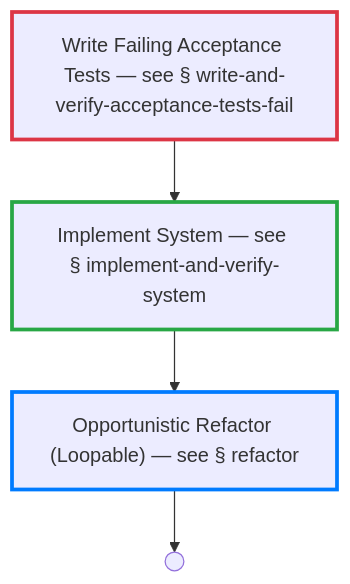
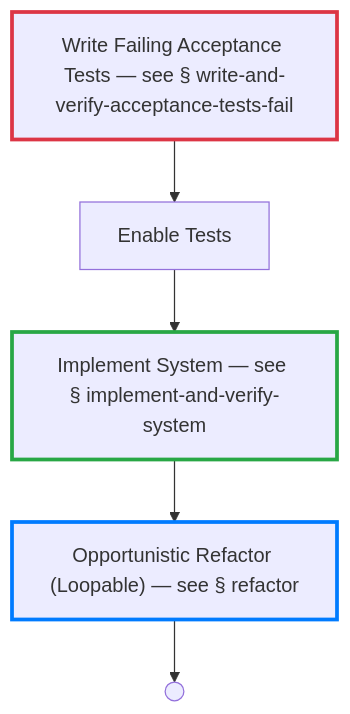
Before and after one commit to optivem/gh-optivem: the seventh of 53 diagrams in docs/process-diagram.md, drawn with Mermaid. The commit also changed 1 other file, not shown here.

Commit message:
atdd: regenerate process-flow diagram

````diff
--- a/docs/process-diagram.md
+++ b/docs/process-diagram.md
@@ -172,20 +172,22 @@
 ```mermaid
 flowchart TD
     CHANGE_SYSTEM_BEHAVIOR_END(( ))
+    ENABLE_TESTS[Enable Tests]
     IMPLEMENT_AND_VERIFY_SYSTEM[Implement System — see § implement-and-verify-system]
     REFACTOR_OPPORTUNISTICALLY["Opportunistic Refactor (Loopable) — see § refactor"]
     WRITE_AND_VERIFY_ACCEPTANCE_TESTS_FAIL[Write Failing Acceptance Tests — see § write-and-verify-acceptance-tests-fail]
 
-    WRITE_AND_VERIFY_ACCEPTANCE_TESTS_FAIL --> IMPLEMENT_AND_VERIFY_SYSTEM
+    WRITE_AND_VERIFY_ACCEPTANCE_TESTS_FAIL --> ENABLE_TESTS
+    ENABLE_TESTS --> IMPLEMENT_AND_VERIFY_SYSTEM
     IMPLEMENT_AND_VERIFY_SYSTEM --> REFACTOR_OPPORTUNISTICALLY
     REFACTOR_OPPORTUNISTICALLY --> CHANGE_SYSTEM_BEHAVIOR_END
 
     classDef tddRedNode stroke:#dc3545,stroke-width:3px
     class WRITE_AND_VERIFY_ACCEPTANCE_TESTS_FAIL tddRedNode
 
     classDef tddGreenNode stroke:#28a745,stroke-width:3px
     class IMPLEMENT_AND_VERIFY_SYSTEM tddGreenNode
 
     classDef tddRefactorNode stroke:#007bff,stroke-width:3px
     class REFACTOR_OPPORTUNISTICALLY tddRefactorNode
 ```
````
